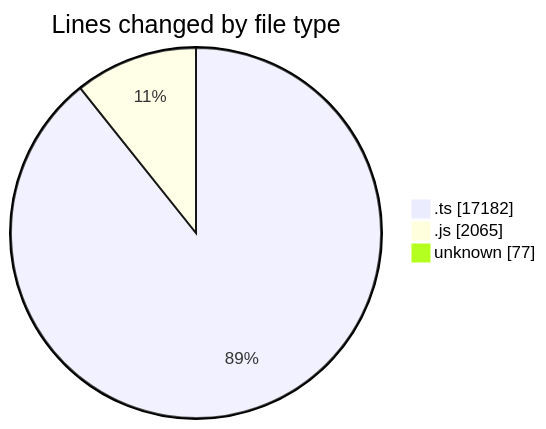
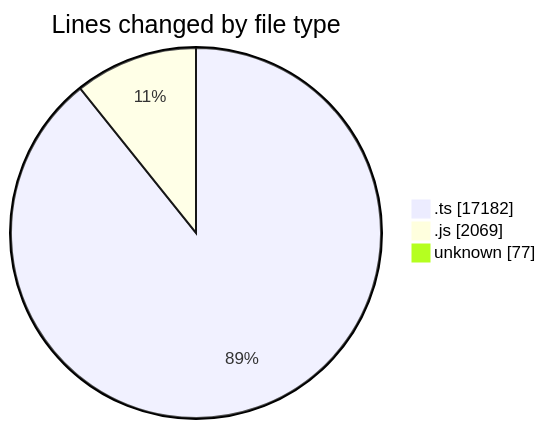
One commit to momahboobian/code-tracking changed the first of 2 diagrams in 2026-02-03/cda/README.md. Above: the diagram before and after it, drawn with Mermaid. The commit also changed other lines of this file and 1 other file, not shown here.

````diff
--- a/2026-02-03/cda/README.md
+++ b/2026-02-03/cda/README.md
@@ -28,7 +28,7 @@
 ```mermaid
 pie showData
 title Lines changed by file type
 ".ts" : 17182
-".js" : 2065
+".js" : 2069
 "unknown" : 77
 ```
````
